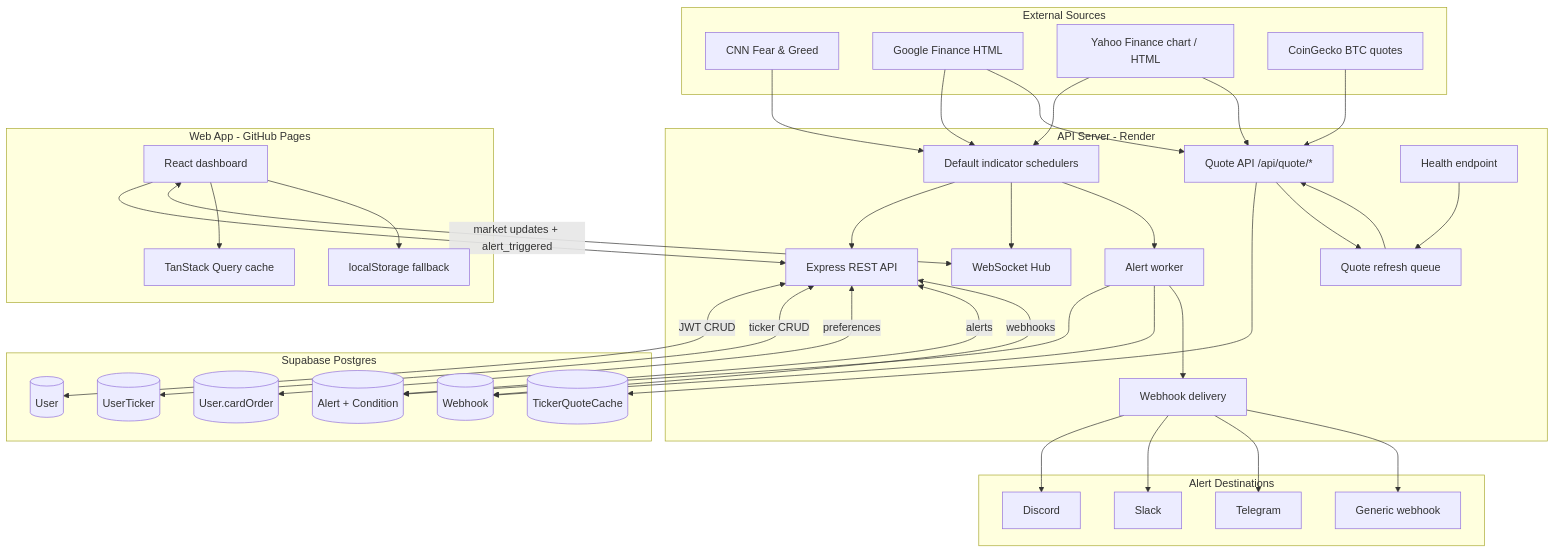
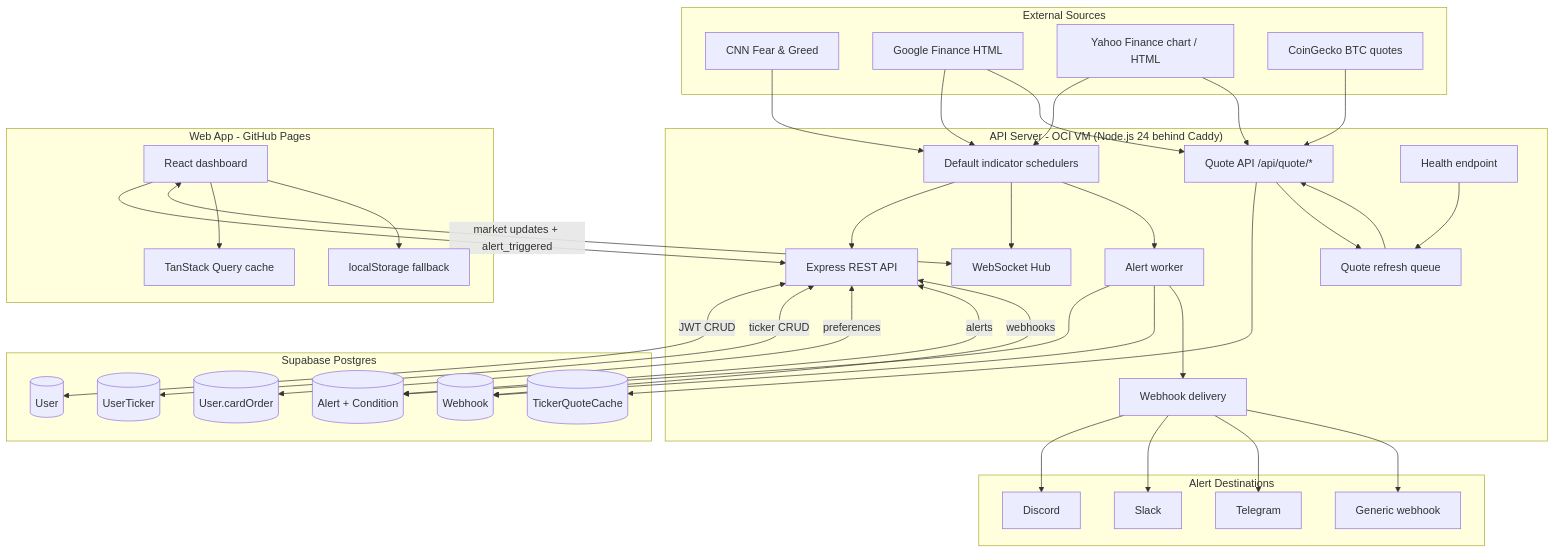
One commit to itswcl/fg-index changed the diagram in README.md. Above: the diagram before and after it, drawn with Mermaid. The commit also changed other lines of this file, not shown here.

Commit message:
docs: clarify OCI frontend and recovery status

````diff
--- a/README.md
+++ b/README.md
@@ -65,75 +67,75 @@
 ```mermaid
 graph TD
     subgraph Sources["External Sources"]
         CNN["CNN Fear & Greed"]
         GOOG["Google Finance HTML"]
         YHOO["Yahoo Finance chart / HTML"]
         CG["CoinGecko BTC quotes"]
     end
 
-    subgraph Backend["API Server - Render"]
+    subgraph Backend["API Server - OCI VM (Node.js 24 behind Caddy)"]
         API["Express REST API"]
         WS["WebSocket Hub"]
         SCHED["Default indicator schedulers"]
         QAPI["Quote API /api/quote/*"]
         QQUEUE["Quote refresh queue"]
         ALERTS["Alert worker"]
         DELIVERY["Webhook delivery"]
         HEALTH["Health endpoint"]
     end
 
     subgraph DB["Supabase Postgres"]
         USERS[("User")]
         USER_TICKERS[("UserTicker")]
         QUOTE_CACHE[("TickerQuoteCache")]
         ALERT_ROWS[("Alert + Condition")]
         WEBHOOK_ROWS[("Webhook")]
         PREFS[("User.cardOrder")]
     end
 
     subgraph Client["Web App - GitHub Pages"]
         WEB["React dashboard"]
         RQ["TanStack Query cache"]
         LS["localStorage fallback"]
     end
 
     subgraph Destinations["Alert Destinations"]
         DISCORD["Discord"]
         SLACK["Slack"]
         TG["Telegram"]
         GENERIC["Generic webhook"]
     end
 
     CNN --> SCHED
     GOOG --> SCHED
     YHOO --> SCHED
     GOOG --> QAPI
     YHOO --> QAPI
     CG --> QAPI
 
     SCHED --> API
     SCHED --> WS
     SCHED --> ALERTS
     QAPI --> QUOTE_CACHE
     QAPI --> QQUEUE
     QQUEUE --> QAPI
     HEALTH --> QQUEUE
 
     WEB --> API
     WEB <-->|"market updates + alert_triggered"| WS
     WEB --> RQ
     WEB --> LS
 
     API <-->|"JWT CRUD"| USERS
     API <-->|"ticker CRUD"| USER_TICKERS
     API <-->|"preferences"| PREFS
     API <-->|"alerts"| ALERT_ROWS
     API <-->|"webhooks"| WEBHOOK_ROWS
     ALERTS --> ALERT_ROWS
     ALERTS --> WEBHOOK_ROWS
     ALERTS --> DELIVERY
     DELIVERY --> DISCORD
     DELIVERY --> SLACK
     DELIVERY --> TG
     DELIVERY --> GENERIC
 ```
````
